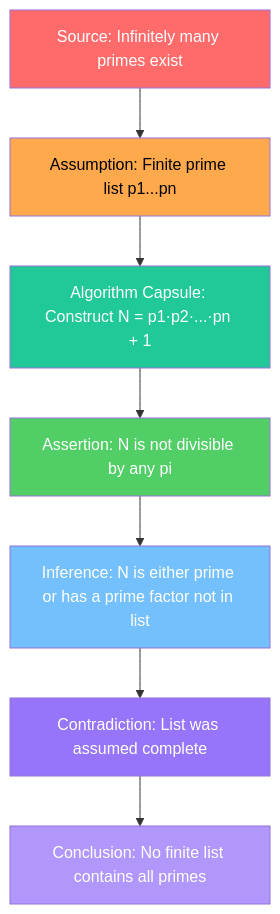
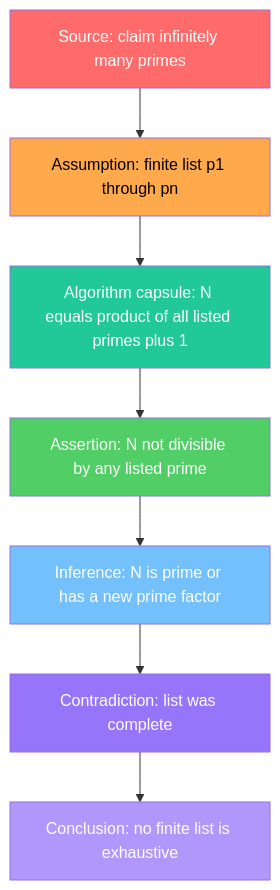
The third of 3 diagrams in collaborations/mathematics-database/mathematics-paper-draft.md (garywelz/progframe), drawn with Mermaid before and after one commit. The commit also changed other lines of this file and 1 other file, not shown here.

First line of the commit message:
Math paper appendix: GitHub-safe Mermaid, Euclid Book I DAG, viewer nav text

````diff
--- a/collaborations/mathematics-database/mathematics-paper-draft.md
+++ b/collaborations/mathematics-database/mathematics-paper-draft.md
@@ -638,16 +682,18 @@
 ```mermaid
 flowchart TD
-    A[Source: Infinitely many primes exist] --> B[Assumption: Finite prime list p1...pn]
-    B --> C[Algorithm Capsule: Construct N = p1·p2·...·pn + 1]
-    C --> D[Assertion: N is not divisible by any pi]
-    D --> E[Inference: N is either prime or has a prime factor not in list]
-    E --> F[Contradiction: List was assumed complete]
-    F --> G[Conclusion: No finite list contains all primes]
+    A["Source: claim infinitely many primes"]
+    B["Assumption: finite list p1 through pn"]
+    C["Algorithm capsule: N equals product of all listed primes plus 1"]
+    D["Assertion: N not divisible by any listed prime"]
+    E["Inference: N is prime or has a new prime factor"]
+    F["Contradiction: list was complete"]
+    G["Conclusion: no finite list is exhaustive"]
+    A --> B --> C --> D --> E --> F --> G
     style A fill:#ff6b6b,color:#fff
     style B fill:#ffa94d,color:#000
     style C fill:#20c997,color:#fff
     style D fill:#51cf66,color:#fff
     style E fill:#74c0fc,color:#fff
     style F fill:#9775fa,color:#fff
     style G fill:#b197fc,color:#fff
 ```
````
